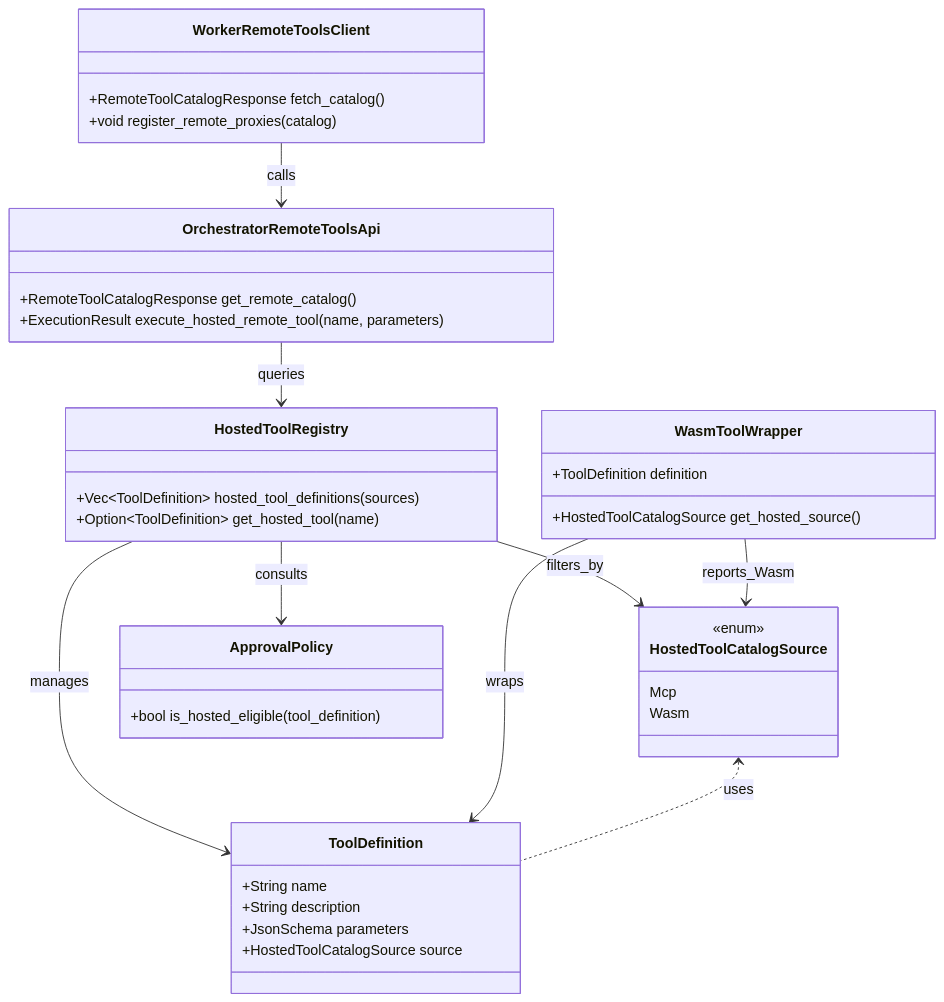
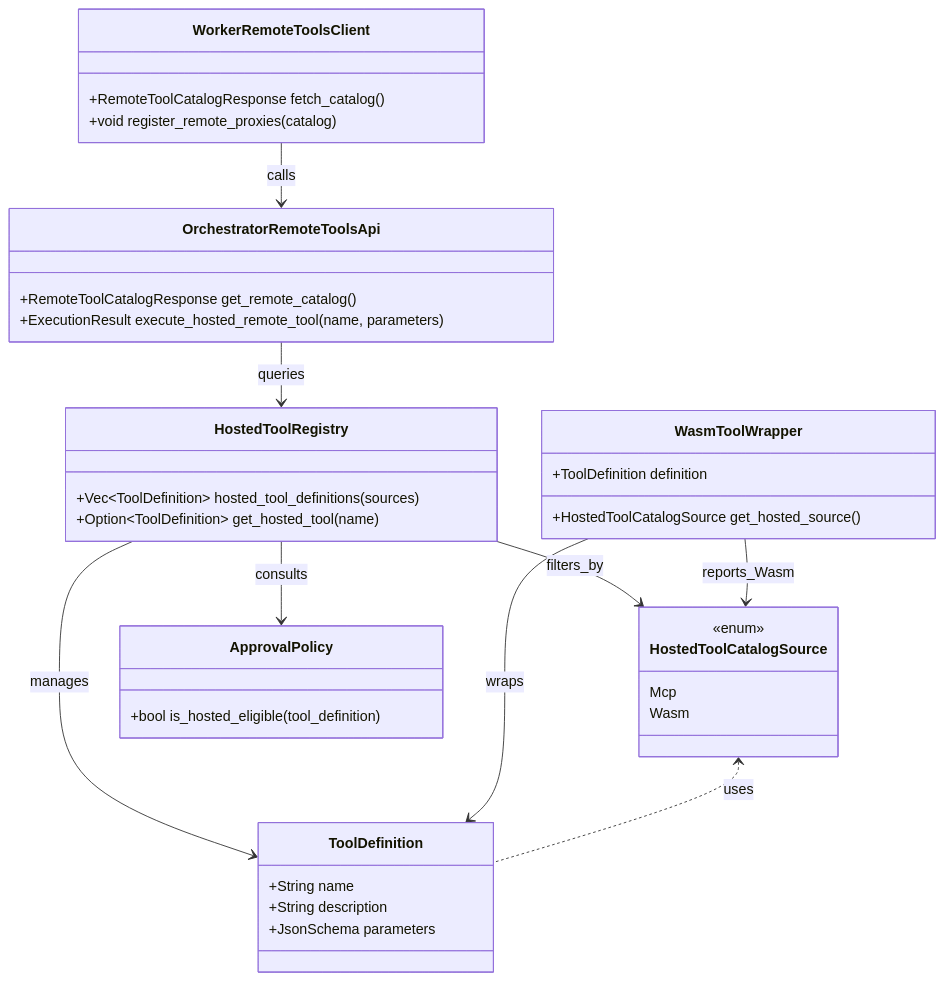
The first of 2 diagrams in docs/rfcs/0002-expose-wasm-tool-definitions.md (leynos/axinite), drawn with Mermaid before and after one commit. The commit also changed 7 other files, not shown here.

````diff
--- a/docs/rfcs/0002-expose-wasm-tool-definitions.md
+++ b/docs/rfcs/0002-expose-wasm-tool-definitions.md
@@ -251,50 +251,49 @@
 ```mermaid
 classDiagram
     class HostedToolCatalogSource {
       <<enum>>
       Mcp
       Wasm
     }
 
     class ToolDefinition {
       +String name
       +String description
       +JsonSchema parameters
-      +HostedToolCatalogSource source
     }
 
     class WasmToolWrapper {
       +ToolDefinition definition
       +HostedToolCatalogSource get_hosted_source()
     }
 
     class HostedToolRegistry {
       +Vec~ToolDefinition~ hosted_tool_definitions(sources)
       +Option~ToolDefinition~ get_hosted_tool(name)
     }
 
     class ApprovalPolicy {
       +bool is_hosted_eligible(tool_definition)
     }
 
     class OrchestratorRemoteToolsApi {
       +RemoteToolCatalogResponse get_remote_catalog()
       +ExecutionResult execute_hosted_remote_tool(name, parameters)
     }
 
     class WorkerRemoteToolsClient {
       +RemoteToolCatalogResponse fetch_catalog()
       +void register_remote_proxies(catalog)
     }
 
     HostedToolCatalogSource <.. ToolDefinition : uses
     WasmToolWrapper --> ToolDefinition : wraps
     WasmToolWrapper --> HostedToolCatalogSource : reports_Wasm
 
     HostedToolRegistry --> ToolDefinition : manages
     HostedToolRegistry --> ApprovalPolicy : consults
     HostedToolRegistry --> HostedToolCatalogSource : filters_by
 
     OrchestratorRemoteToolsApi --> HostedToolRegistry : queries
     WorkerRemoteToolsClient --> OrchestratorRemoteToolsApi : calls
 ```
````
